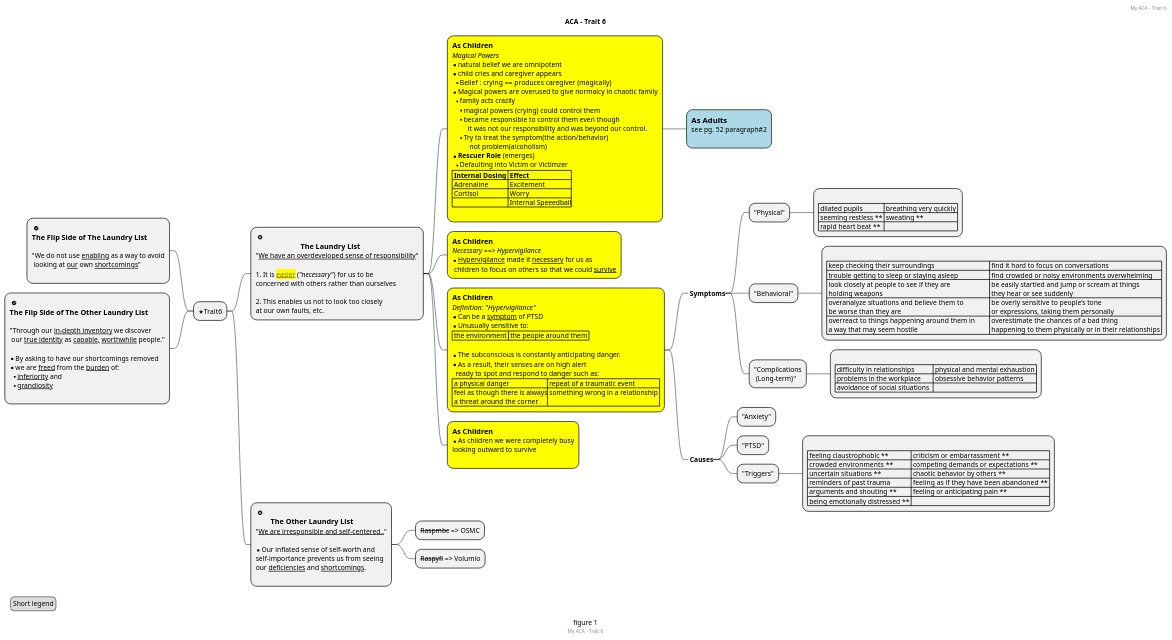
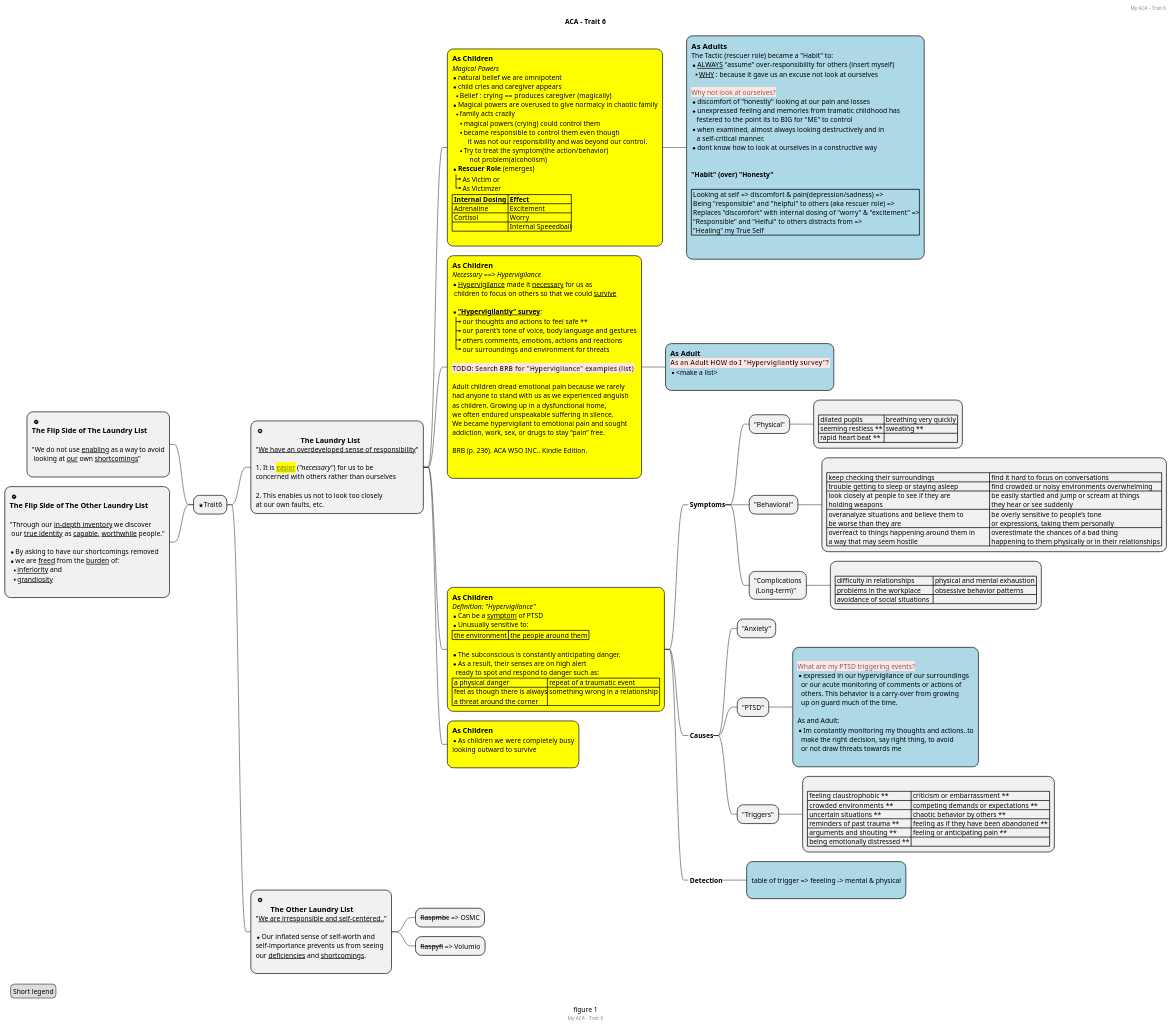
The diagram in source/plantuml/ACA_example/mindmap/test-mindmap.puml (martinwEIS/martinw.sp.strangerpings-diagrams), drawn with PlantUML before and after one commit.

```diff
--- a/source/plantuml/ACA_example/mindmap/test-mindmap.puml
+++ b/source/plantuml/ACA_example/mindmap/test-mindmap.puml
@@ -45,7 +45,8 @@
 *** Try to treat the symptom(the action/behavior)
           not problem(alcoholism)
 * **Rescuer Role** (emerges)
-** Defaulting into Victim or Victimzer
+|_ As Victim or
+|_ As Victimzer
 |= Internal Dosing |= Effect    |
 | Adrenaline      | Excitement |
 | Cortisol        | Worry      |
@@ -53,14 +54,52 @@
 ;<<asChild>>
 
 ****:==As Adults
-see pg. 52 paragraph#2
+The Tactic (rescuer role) became a "Habit" to:
+* __ALWAYS__ "assume" over-responsibility for others (insert myself)
+** __WHY__ : because it gave us an excuse not look at ourselves
+
+<back:MistyRose>Why not look at ourselves?</back>
+* discomfort of "honestly" looking at our pain and losses
+* unexpressed feeling and memories from tramatic childhood has
+   festered to the point its to BIG for "ME" to control
+* when examined, almost always looking destructively and in
+   a self-critical manner.
+* dont know how to look at ourselves in a constructive way
+
+
+**"Habit" (over) "Honesty"**
+
+| Looking at self => discomfort & pain(depression/sadness) =>\n Being "responsible" and "helpful" to others (aka rescuer role) =>\n Replaces "discomfort" with internal dosing of "worry" & "excitement" =>\n "Responsible" and "Helful" to others distracts from =>\n "Healing" my True Self |
+
 ;<<asAdult>>
-
 
 ***:===As Children
 ====Necessary ==> Hypervigilance
 * __Hypervigilance__ made it __necessary__ for us as
- children to focus on others so that we could __survive__;<<asChild>>
+ children to focus on others so that we could __survive__
+
+* **__"Hypervigilantly" survey__**:
+|_ our thoughts and actions to feel safe **
+|_ our parent’s tone of voice, body language and gestures
+|_ others comments, emotions, actions and reactions
+|_ our surroundings and environment for threats
+
+<back:MistyRose>**TODO: Search BRB for "Hypervigilance" examples (list)**</back>
+
+Adult children dread emotional pain because we rarely
+had anyone to stand with us as we experienced anguish
+as children. Growing up in a dysfunctional home,
+we often endured unspeakable suffering in silence.
+We became hypervigilant to emotional pain and sought
+addiction, work, sex, or drugs to stay “pain” free.
+
+BRB (p. 236). ACA WSO INC.. Kindle Edition.
+
+;<<asChild>>
+****:===As Adult
+<back:MistyRose>**As an Adult HOW do I "Hypervigilantly survey"?**</back>
+* <make a list>
+;<<asAdult>>
 
 ***:===As Children
 ==== Definition:  "Hypervigilance"
@@ -73,6 +112,7 @@
   ready to spot and respond to danger such as:
 | a physical danger | repeat of a traumatic event|
 | feel as though there is always\n a threat around the corner | something wrong in a relationship |;<<asChild>>
+
 
 ****_ **Symptoms**
 ***** "Physical"
@@ -96,14 +136,32 @@
 ****_ **Causes**
 ***** "Anxiety"
 ***** "PTSD"
+******:
+<back:MistyRose>What are my PTSD triggering events?</back>
+* expressed in our hypervigilance of our surroundings
+  or our acute monitoring of comments or actions of
+  others. This behavior is a carry-over from growing
+  up on guard much of the time.
+
+As and Adult:
+* Im constantly monitoring my thoughts and actions..to
+  make the right decision, say right thing, to avoid
+  or not draw threats towards me
+;<<asAdult>>
+
 ***** "Triggers"
 ******:
 | feeling claustrophobic **       | criticism or embarrassment **        |
 | crowded environments  **        | competing demands or expectations ** |
 | uncertain situations **         | chaotic behavior by others **        |
-| reminders of past trauma        | feeling as if they have been  abandoned ** |
+| reminders of past trauma **     | feeling as if they have been  abandoned ** |
 | arguments and shouting **       | feeling or anticipating pain **      |
 | being emotionally distressed ** |                                      |;
+
+****_ **Detection**
+*****:
+table of trigger => feeeling -> mental & physical
+;<<asAdult>>
 
 
 ***:===As Children
```
